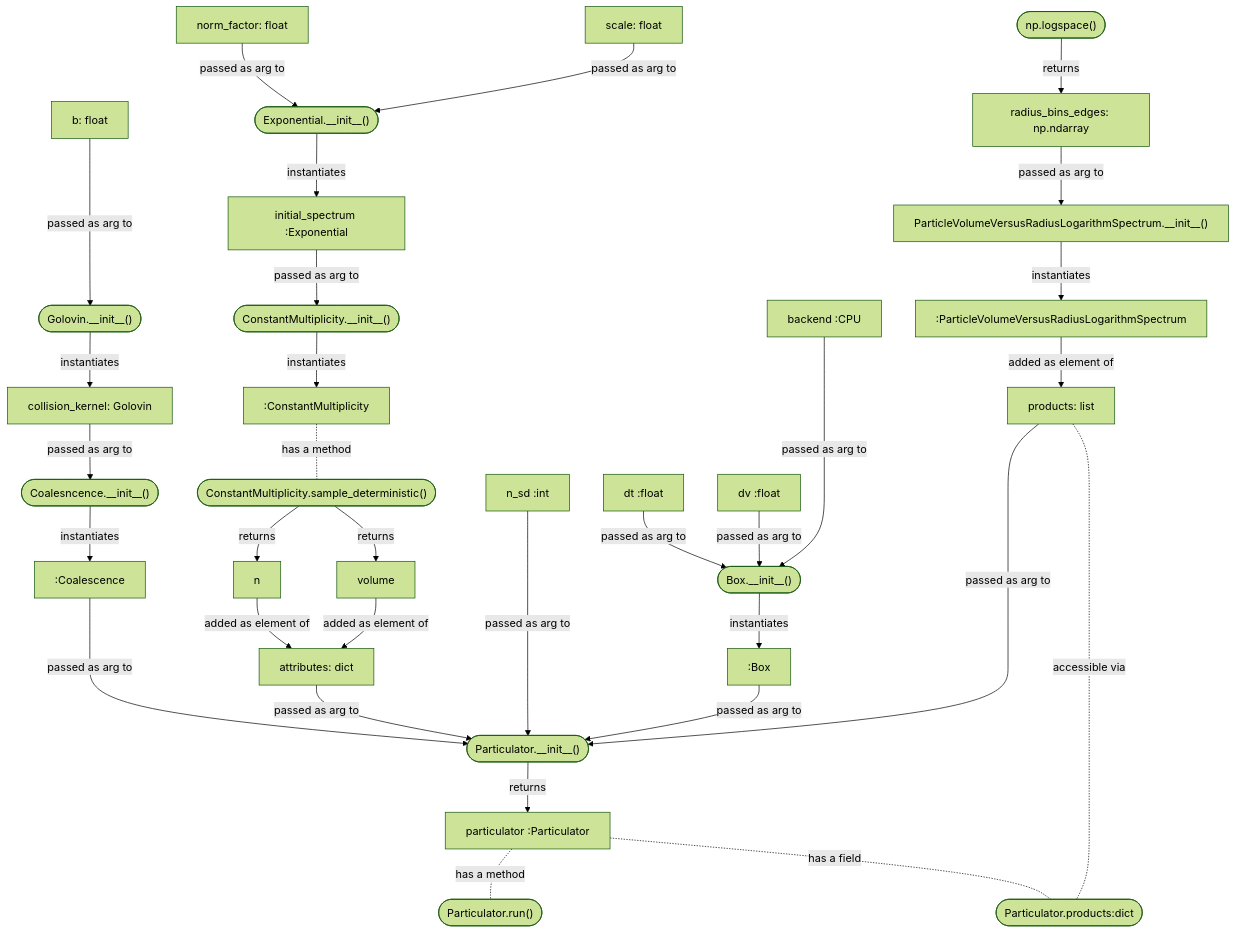
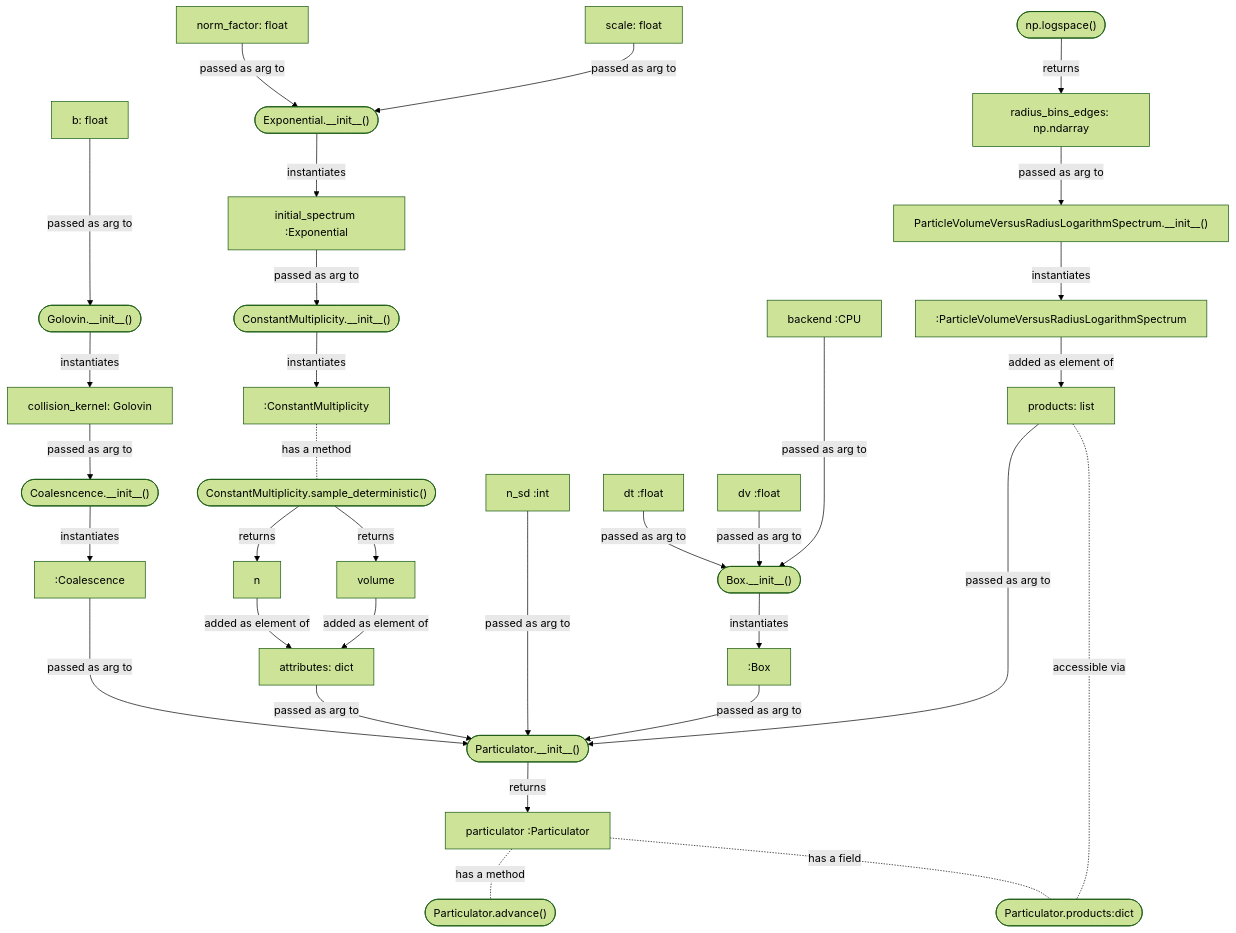
One commit to open-atmos/PySDM changed the first of 2 diagrams in docs/markdown/pysdm_landing.md. Above: the diagram before and after it, drawn with Mermaid (forest theme). The commit also changed other lines of this file and 47 other files, not shown here.

Commit message:
rename Particulator::run to Particulator::advance, change argument `steps` to `n_steps` (#1972)

````diff
--- a/docs/markdown/pysdm_landing.md
+++ b/docs/markdown/pysdm_landing.md
@@ -297,51 +297,51 @@
 ```mermaid
  graph
     COAL[":Coalescence"] --->|passed as arg to| PARTICULATOR_INIT(["Particulator.__init__()"])
     ATTRIBUTES[attributes: dict] -->|passed as arg to| PARTICULATOR_INIT
     N_SD["n_sd :int"] ---->|passed as arg to| PARTICULATOR_INIT
     ENV_INIT(["Box.__init__()"]) -->|instantiates| ENV
     DT[dt :float] -->|passed as arg to| ENV_INIT
     DV[dv :float] -->|passed as arg to| ENV_INIT
     ENV[":Box"] -->|passed as arg to| PARTICULATOR_INIT
     B["b: float"] --->|passed as arg to| KERNEL_INIT(["Golovin.__init__()"])
     KERNEL_INIT -->|instantiates| KERNEL
     KERNEL[collision_kernel: Golovin] -->|passed as arg to| COAL_INIT(["Coalesncence.__init__()"])
     COAL_INIT -->|instantiates| COAL
     PRODUCTS[products: list] ----->|passed as arg to| PARTICULATOR_INIT
     NORM_FACTOR[norm_factor: float]-->|passed as arg to| EXP_INIT
     SCALE[scale: float]-->|passed as arg to| EXP_INIT
     EXP_INIT(["Exponential.__init__()"]) -->|instantiates| IS
     IS["initial_spectrum :Exponential"] -->|passed as arg to| CM_INIT
     CM_INIT(["ConstantMultiplicity.__init__()"]) -->|instantiates| CM_INSTANCE
     CM_INSTANCE[":ConstantMultiplicity"] -.-|has a method| SAMPLE
     SAMPLE(["ConstantMultiplicity.sample_deterministic()"]) -->|returns| n
     SAMPLE -->|returns| volume
     n -->|added as element of| ATTRIBUTES
-    PARTICULATOR_INSTANCE -.-|has a method| PARTICULATOR_RUN(["Particulator.run()"])
+    PARTICULATOR_INSTANCE -.-|has a method| PARTICULATOR_ADVANCE(["Particulator.advance()"])
     volume -->|added as element of| ATTRIBUTES
     PARTICULATOR_INIT -->|returns| PARTICULATOR_INSTANCE["particulator :Particulator"]
     PARTICULATOR_INSTANCE -.-|has a field| PARTICULATOR_PROD(["Particulator.products:dict"])
     BACKEND_INSTANCE["backend :CPU"] ---->|passed as arg to| ENV_INIT
     PRODUCTS -.-|accessible via| PARTICULATOR_PROD
     NP_LOGSPACE(["np.logspace()"]) -->|returns| EDGES
     EDGES[radius_bins_edges: np.ndarray] -->|passed as arg to| SPECTRUM_INIT
     SPECTRUM_INIT["ParticleVolumeVersusRadiusLogarithmSpectrum.__init__()"] -->|instantiates| SPECTRUM
     SPECTRUM[":ParticleVolumeVersusRadiusLogarithmSpectrum"] -->|added as element of| PRODUCTS
 
     click COAL "https://open-atmos.github.io/PySDM/PySDM/dynamics/collisions/collision.html#Coalescence"
     click PARTICULATOR_INIT "https://open-atmos.github.io/PySDM/PySDM/particulator.html"
     click ENV_INIT "https://open-atmos.github.io/PySDM/PySDM/environments.html"
     click ENV "https://open-atmos.github.io/PySDM/PySDM/environments.html"
     click KERNEL_INIT "https://open-atmos.github.io/PySDM/PySDM/dynamics/collisions/collision_kernels.html"
     click KERNEL "https://open-atmos.github.io/PySDM/PySDM/dynamics/collisions/collision_kernels.html"
     click EXP_INIT "https://open-atmos.github.io/PySDM/PySDM/initialisation/spectra.html"
     click IS "https://open-atmos.github.io/PySDM/PySDM/initialisation/spectra.html"
     click CM_INIT "https://open-atmos.github.io/PySDM/PySDM/initialisation/sampling/spectral_sampling.html"
     click CM_INSTANCE "https://open-atmos.github.io/PySDM/PySDM/initialisation/sampling/spectral_sampling.html"
     click SAMPLE "https://open-atmos.github.io/PySDM/PySDM/initialisation/sampling/spectral_sampling.html"
     click PARTICULATOR_INSTANCE "https://open-atmos.github.io/PySDM/PySDM/particulator.html"
     click BACKEND_INSTANCE "https://open-atmos.github.io/PySDM/PySDM/backends/numba.html"
     click NP_LOGSPACE "https://numpy.org/doc/stable/reference/generated/numpy.logspace.html"
     click SPECTRUM_INIT "https://open-atmos.github.io/PySDM/PySDM/products/size_spectral/particle_volume_versus_radius_logarithm_spectrum.html"
     click SPECTRUM "https://open-atmos.github.io/PySDM/PySDM/products/size_spectral/particle_volume_versus_radius_logarithm_spectrum.html"
 ```
````
